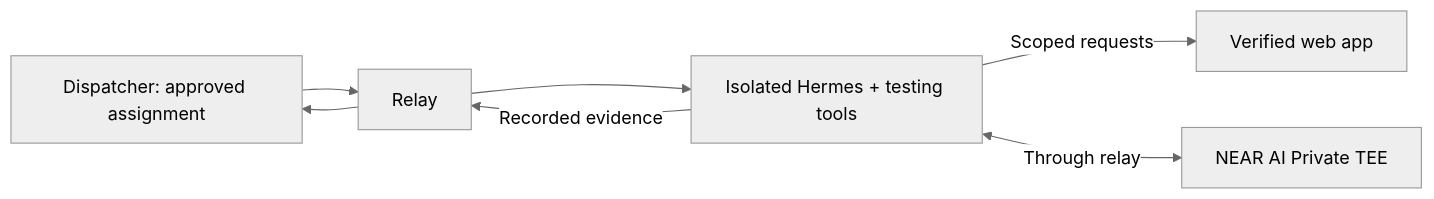
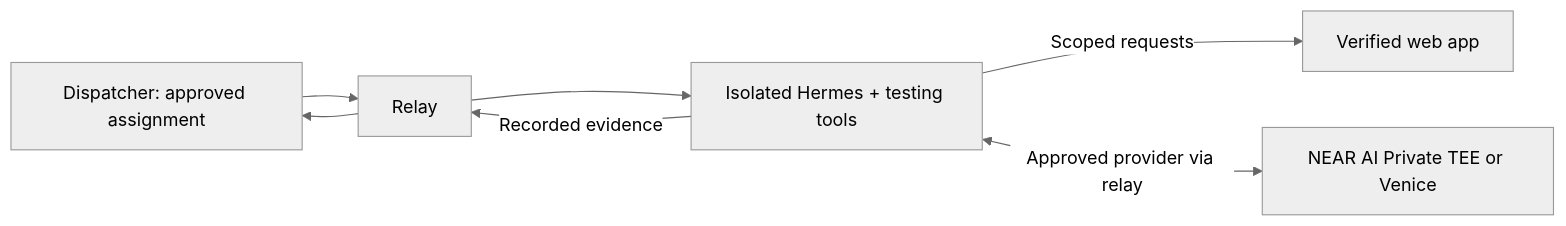
One commit to adaki2004/patchriot-relay changed the diagram in README.md. Above: the diagram before and after it, drawn with Mermaid (neutral theme). The commit also changed other lines of this file and 5 other files, not shown here.

````diff
--- a/README.md
+++ b/README.md
@@ -9,9 +9,9 @@
 ```mermaid
 flowchart LR
     D[Dispatcher: approved assignment] --> R[Relay]
     R --> H[Isolated Hermes + testing tools]
     H -->|Scoped requests| W[Verified web app]
-    H <-->|Through relay| N[NEAR AI Private TEE]
+    H <-->|Approved provider via relay| N[NEAR AI Private TEE or Venice]
     H -->|Recorded evidence| R
     R --> D
 ```
````
